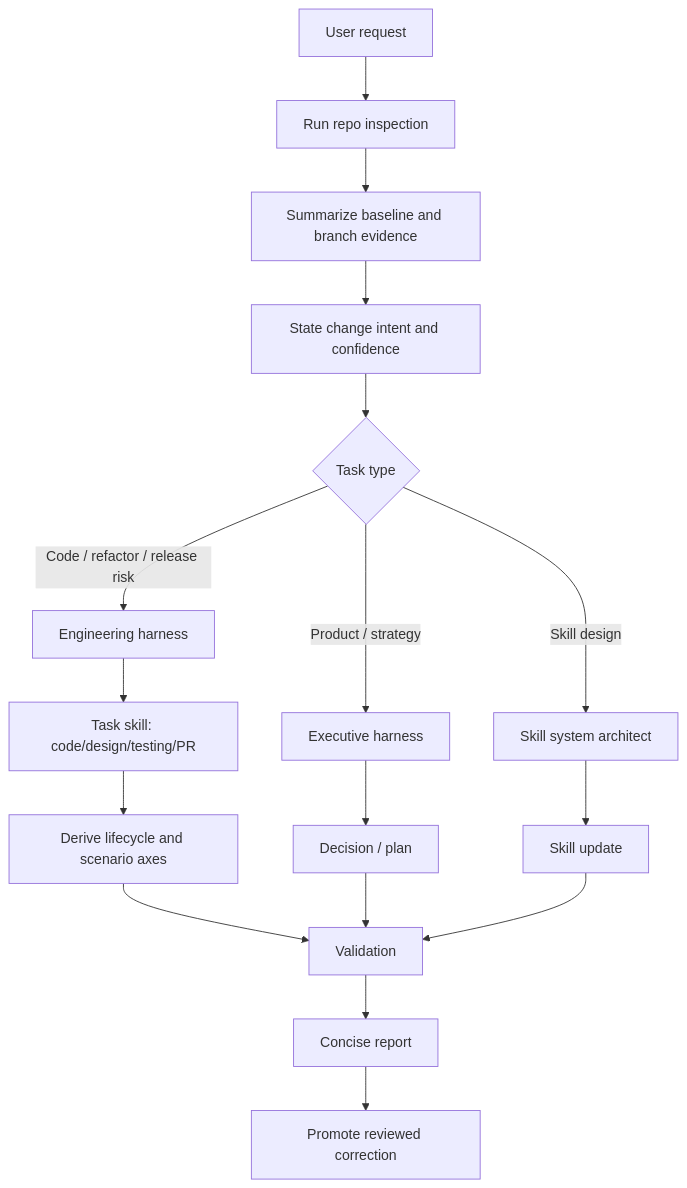
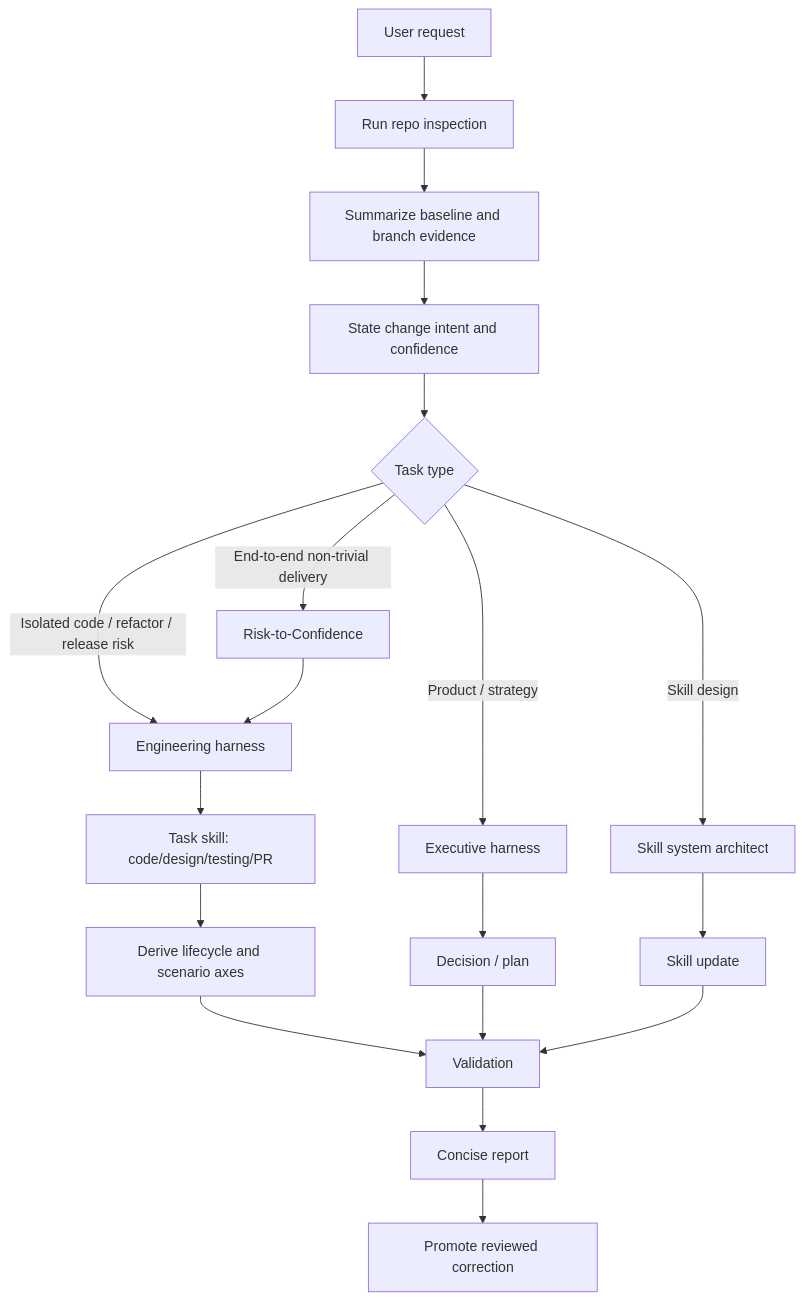
The diagram in docs/UNIVERSAL_SKILLSET_BLUEPRINT.md (ivory-code/agents-configs), drawn with Mermaid before and after one commit. The commit also changed other lines of this file and 14 other files, not shown here.

Commit message:
feat: add risk-to-confidence workflow

````diff
--- a/docs/UNIVERSAL_SKILLSET_BLUEPRINT.md
+++ b/docs/UNIVERSAL_SKILLSET_BLUEPRINT.md
@@ -48,19 +55,21 @@
 ```mermaid
 flowchart TD
     A[User request] --> B[Run repo inspection]
     B --> C[Summarize baseline and branch evidence]
     C --> C2[State change intent and confidence]
     C2 --> D{Task type}
     D -- Product / strategy --> E[Executive harness]
-    D -- Code / refactor / release risk --> F[Engineering harness]
+    D -- End-to-end non-trivial delivery --> R[Risk-to-Confidence]
+    D -- Isolated code / refactor / release risk --> F[Engineering harness]
     D -- Skill design --> G[Skill system architect]
+    R --> F
     F --> H[Task skill: code/design/testing/PR]
     E --> I[Decision / plan]
     G --> J[Skill update]
     H --> H2[Derive lifecycle and scenario axes]
     H2 --> K[Validation]
     I --> K
     J --> K
     K --> L[Concise report]
     L --> M[Promote reviewed correction]
 ```
````
